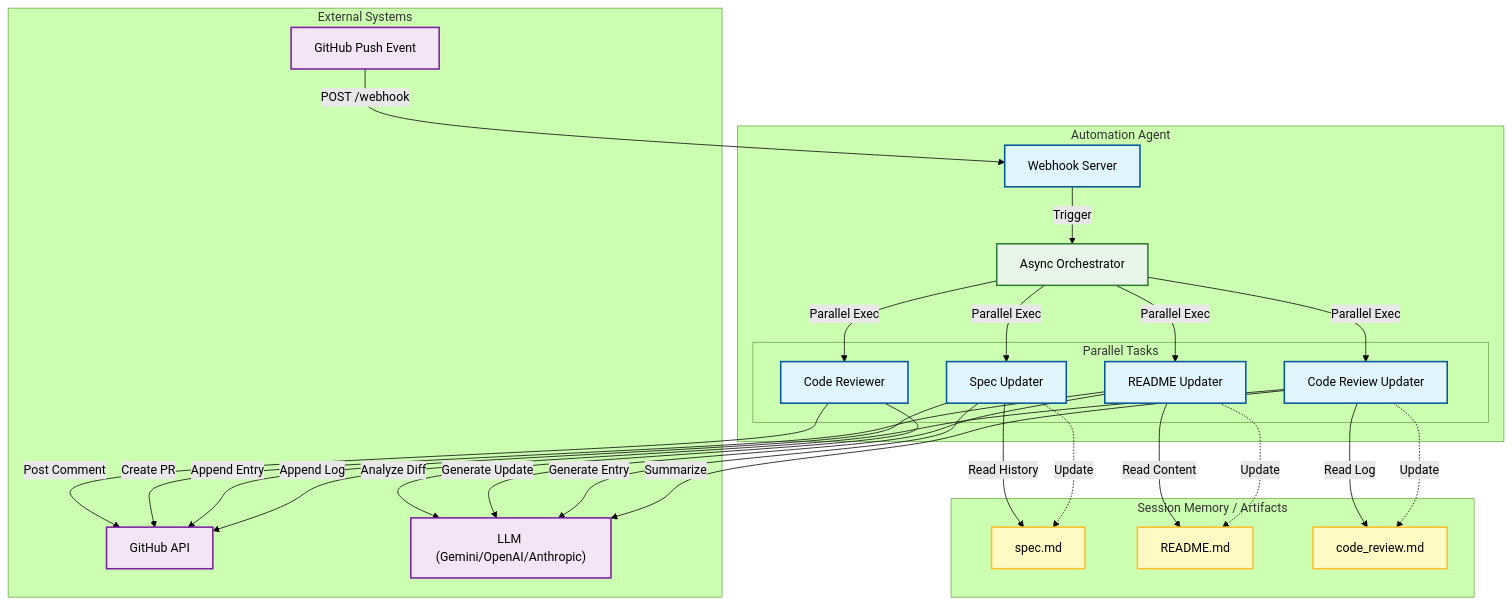
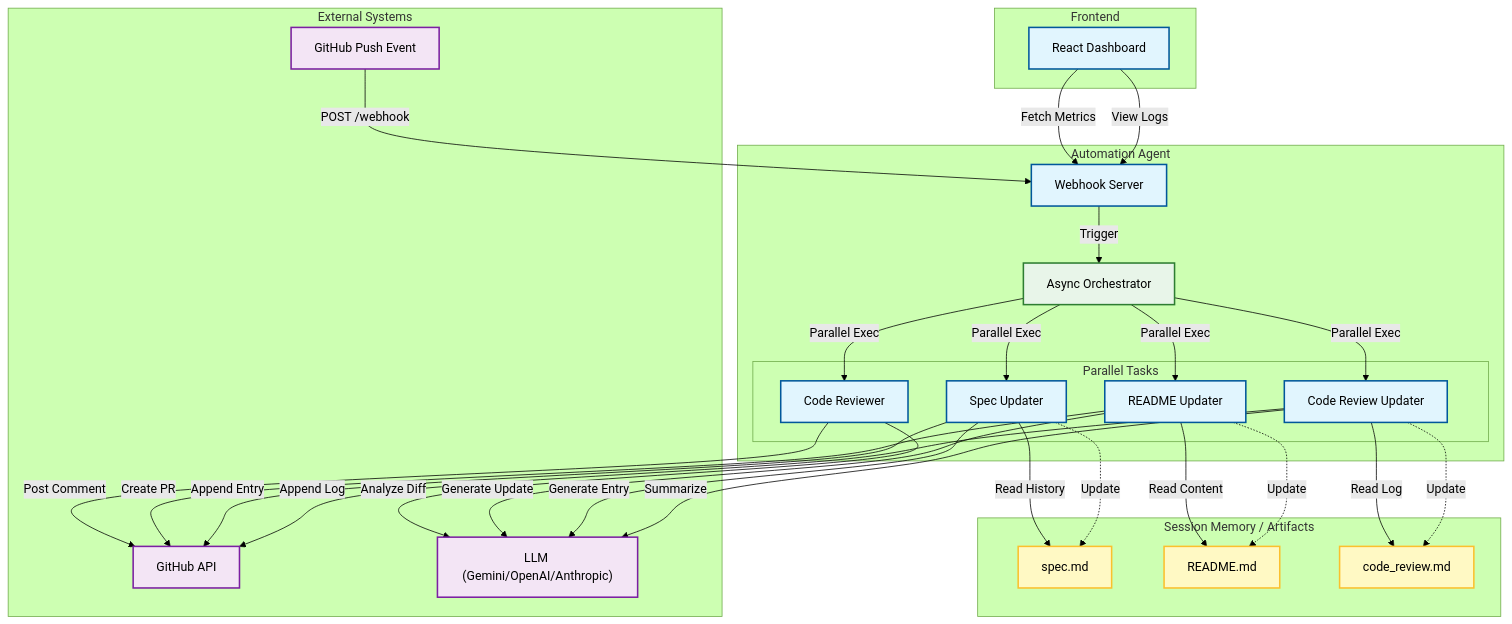
The diagram in ARCHITECTURE.md (Amitro123/automation-service), drawn with Mermaid (forest theme) before and after one commit. The commit also changed 1 other file, not shown here.

````diff
--- a/ARCHITECTURE.md
+++ b/ARCHITECTURE.md
@@ -7,65 +7,74 @@
 ```mermaid
 graph TD
     %% Styles
     classDef component fill:#e1f5fe,stroke:#01579b,stroke-width:2px;
     classDef memory fill:#fff9c4,stroke:#fbc02d,stroke-width:2px;
     classDef external fill:#f3e5f5,stroke:#7b1fa2,stroke-width:2px;
     classDef orchestrator fill:#e8f5e9,stroke:#2e7d32,stroke-width:2px;
 
     %% External Systems
     subgraph External[External Systems]
         GitHub[GitHub Push Event]:::external
         GitHubAPI[GitHub API]:::external
         LLM["LLM (Gemini/OpenAI/Anthropic)"]:::external
     end
 
     %% Core System
     subgraph System[Automation Agent]
         Webhook[Webhook Server]:::component
         Orchestrator[Async Orchestrator]:::orchestrator
         
         %% Parallel Tasks
         subgraph Tasks[Parallel Tasks]
             Reviewer[Code Reviewer]:::component
             ReadmeUp[README Updater]:::component
             SpecUp[Spec Updater]:::component
             ReviewUp[Code Review Updater]:::component
         end
     end
 
     %% Session Memory / Persistent Storage
     subgraph Memory[Session Memory / Artifacts]
         SpecMD[spec.md]:::memory
         ReadmeMD[README.md]:::memory
         ReviewMD[code_review.md]:::memory
     end
 
+    %% Dashboard
+    subgraph Frontend[Frontend]
+        Dashboard[React Dashboard]:::component
+    end
+
     %% Data Flow
     GitHub -->|POST /webhook| Webhook
     Webhook -->|Trigger| Orchestrator
     Orchestrator -->|Parallel Exec| Reviewer
     Orchestrator -->|Parallel Exec| ReadmeUp
     Orchestrator -->|Parallel Exec| SpecUp
     Orchestrator -->|Parallel Exec| ReviewUp
+
+    %% Dashboard Interactions
+    Dashboard -->|Fetch Metrics| Webhook
+    Dashboard -->|View Logs| Webhook
 
     %% Component Interactions
     Reviewer -->|Analyze Diff| LLM
     Reviewer -->|Post Comment| GitHubAPI
 
     ReadmeUp -->|Read Content| ReadmeMD
     ReadmeUp -->|Generate Update| LLM
     ReadmeUp -->|Create PR| GitHubAPI
 
     SpecUp -->|Read History| SpecMD
     SpecUp -->|Generate Entry| LLM
     SpecUp -->|Append Entry| GitHubAPI
 
     ReviewUp -->|Read Log| ReviewMD
     ReviewUp -->|Summarize| LLM
     ReviewUp -->|Append Log| GitHubAPI
 
     %% Memory Updates
     SpecUp -.->|Update| SpecMD
     ReadmeUp -.->|Update| ReadmeMD
     ReviewUp -.->|Update| ReviewMD
 ```
````
